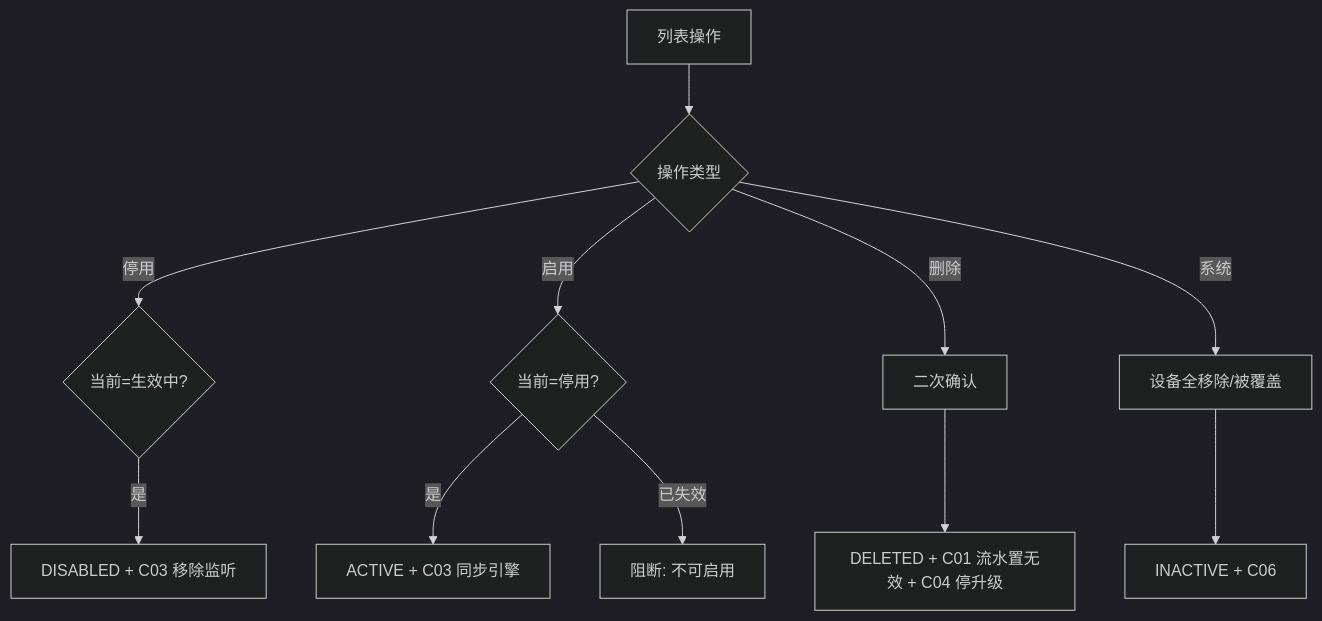
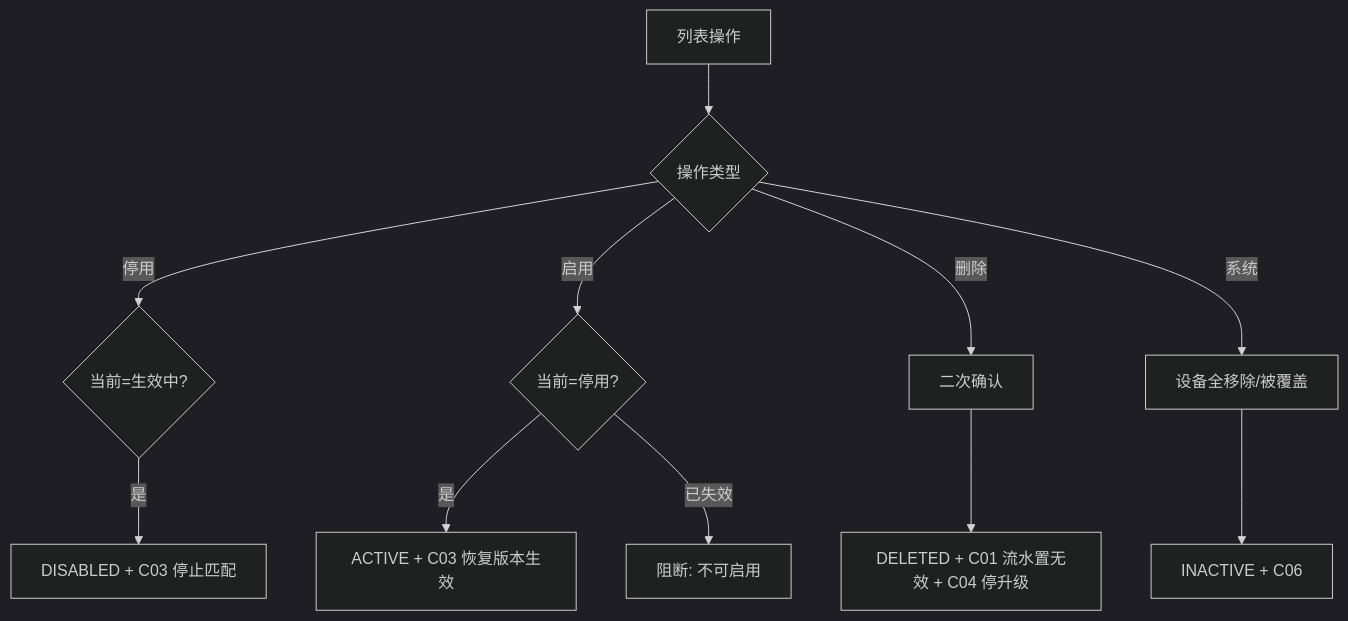
One commit to RobertHuang999/SYZC changed the fourth of 4 diagrams in 02-PRD文档/B-迭代需求/6.2版本（2026.08）/03-预警配置/02设备预警配置/设备预警配置业务规则规格.md. Above: the diagram before and after it, drawn with Mermaid (dark theme). The commit also changed other lines of this file and 121 other files, not shown here.

````diff
--- a/02-PRD文档/B-迭代需求/6.2版本（2026.08）/03-预警配置/02设备预警配置/设备预警配置业务规则规格.md
+++ b/02-PRD文档/B-迭代需求/6.2版本（2026.08）/03-预警配置/02设备预警配置/设备预警配置业务规则规格.md
@@ -367,13 +347,13 @@
 ```mermaid
 flowchart TD
     A[列表操作] --> B{操作类型}
     B -->|停用| C{当前=生效中?}
-    C -- 是 --> D[DISABLED + C03 移除监听]
+    C -- 是 --> D[DISABLED + C03 停止匹配]
     B -->|启用| E{当前=停用?}
-    E -- 是 --> F[ACTIVE + C03 同步引擎]
+    E -- 是 --> F[ACTIVE + C03 恢复版本生效]
     E -- 已失效 --> G[阻断: 不可启用]
     B -->|删除| H[二次确认]
     H --> I[DELETED + C01 流水置无效 + C04 停升级]
     B -->|系统| J[设备全移除/被覆盖]
     J --> K[INACTIVE + C06]
 ```
````
